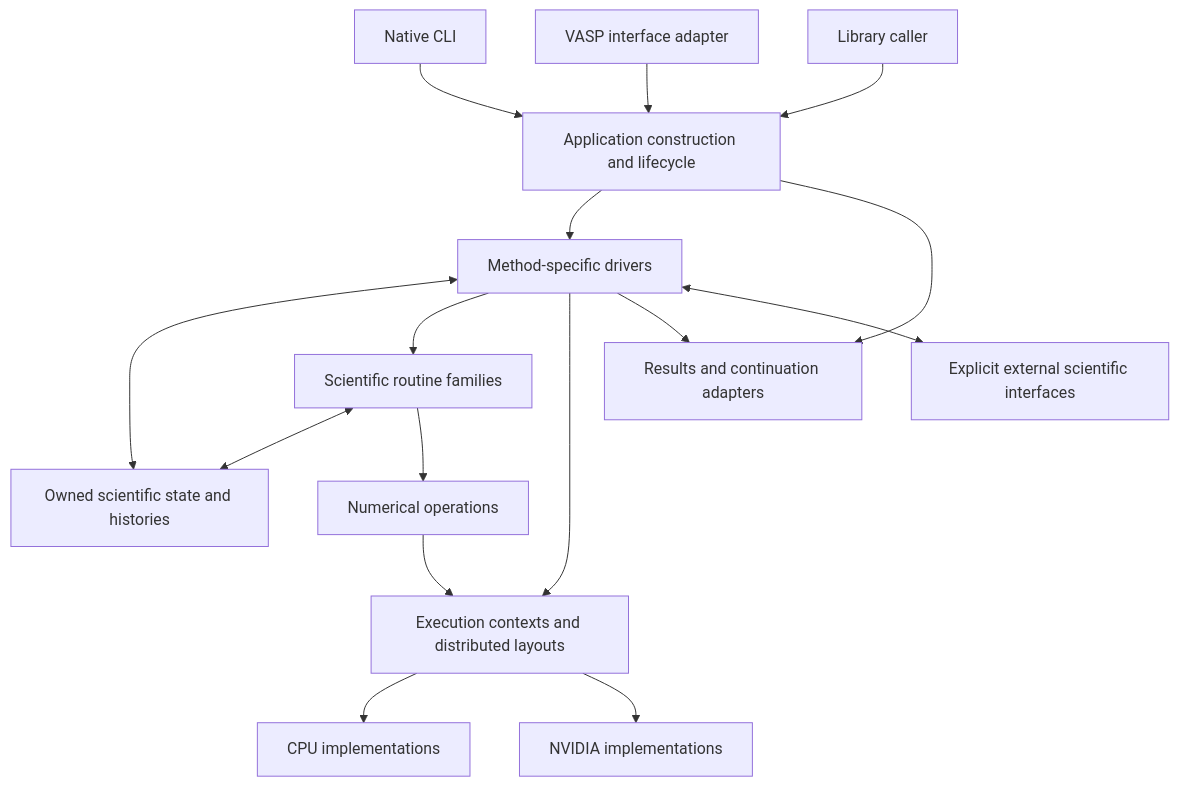
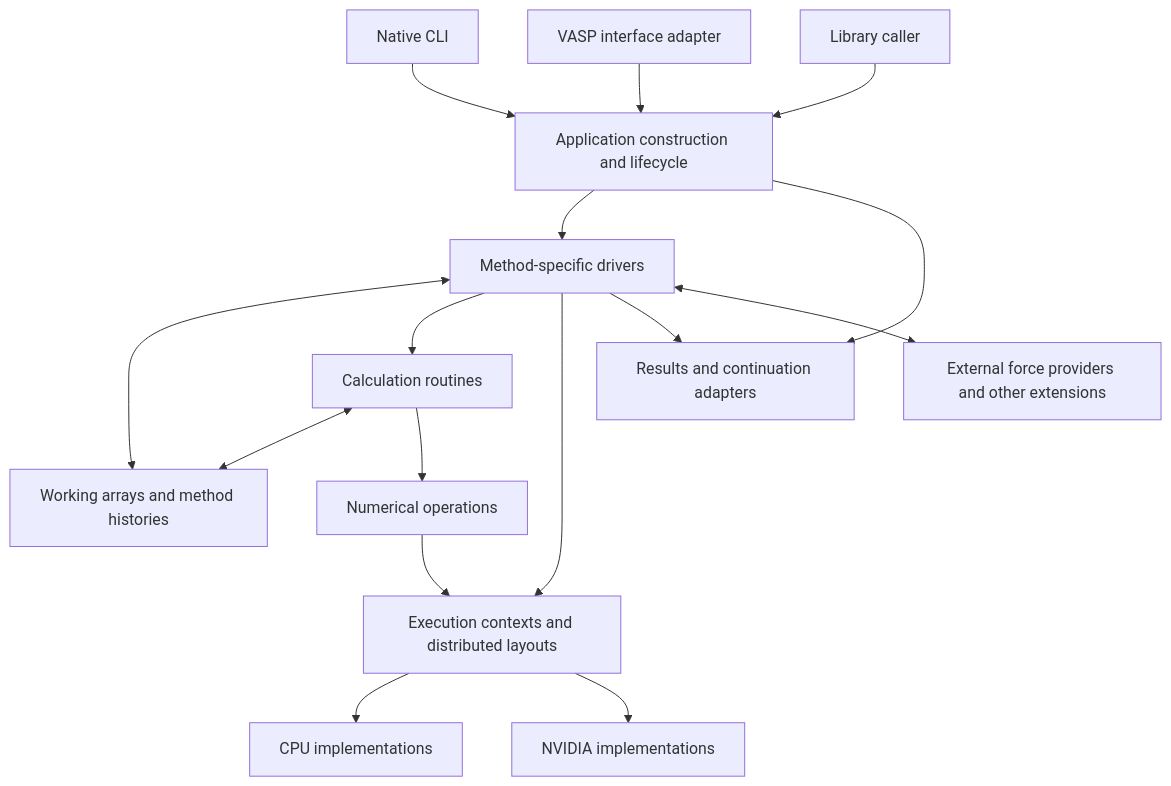
The diagram in docs/design/README.md (pbeam255/exvasperated), drawn with Mermaid before and after one commit. The commit also changed other lines of this file and 10 other files, not shown here.

````diff
--- a/docs/design/README.md
+++ b/docs/design/README.md
@@ -95,18 +92,18 @@
 ```mermaid
 flowchart TB
     CLI[Native CLI] --> APP[Application construction and lifecycle]
     COMP[VASP interface adapter] --> APP
     API[Library caller] --> APP
     APP --> D[Method-specific drivers]
-    D <--> S[Owned scientific state and histories]
-    D --> SCI[Scientific routine families]
+    D <--> S[Working arrays and method histories]
+    D --> SCI[Calculation routines]
     SCI <--> S
     SCI --> NUM[Numerical operations]
     D --> EX[Execution contexts and distributed layouts]
     NUM --> EX
     EX --> CPU[CPU implementations]
     EX --> GPU[NVIDIA implementations]
     D --> OUT[Results and continuation adapters]
     APP --> OUT
-    D <--> EXT[Explicit external scientific interfaces]
+    D <--> EXT[External force providers and other extensions]
 ```
````
